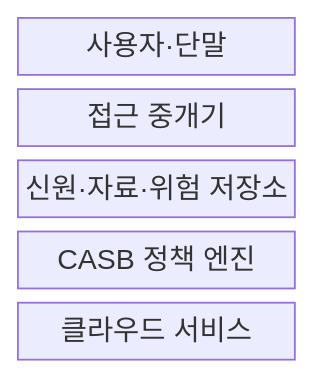
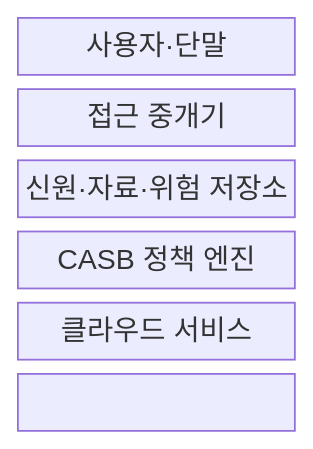
Before and after one commit to agnusdei1207/knowledge-base: the first of 2 diagrams in src/content/docs/notes/04-network/092_casb.md, drawn with Mermaid. The commit also changed other lines of this file and 122 other files, not shown here.

````diff
--- a/src/content/docs/notes/04-network/092_casb.md
+++ b/src/content/docs/notes/04-network/092_casb.md
@@ -53,9 +53,11 @@
 ```mermaid
 block-beta
     columns 1
     USER["사용자·단말"]
     BROKER["접근 중개기"]
     CONTEXT["신원·자료·위험 저장소"]
     POLICY["CASB 정책 엔진"]
     CLOUD["클라우드 서비스"]
+    USER --- BROKER --- CONTEXT
+    CONTEXT --- POLICY --- CLOUD
 ```
````
